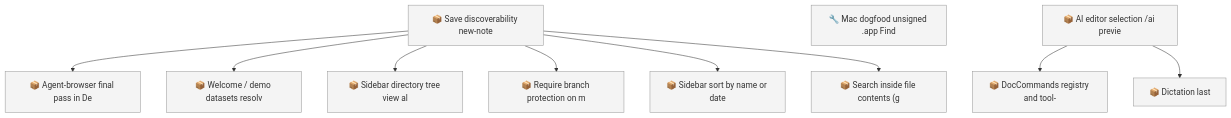
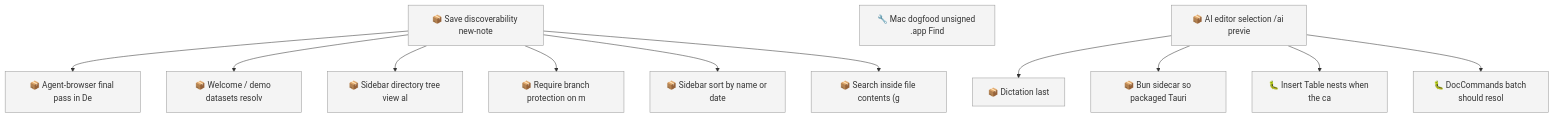
The first of 2 diagrams in docs/roadmap.md (SpillwaveSolutions/motion), drawn with Mermaid before and after one commit. The commit also changed other lines of this file and 29 other files, not shown here.

First line of the commit message:
feat: DocCommands registry and tool-use preview (#46)

````diff
--- a/docs/roadmap.md
+++ b/docs/roadmap.md
@@ -78,24 +82,28 @@
 ```mermaid
 graph TD
     01KYQYYN3SBWDT25TC6H3G4EAA["📦 Save discoverability new-note"]
     01KYQYYN3T2SSGG33ESEWPXKH8["📦 Agent-browser final pass in De"]
     01KYQYYN3T3VB8RCTMJJ13FK2H["📦 Welcome / demo datasets resolv"]
     01KYQYYN3T5W49QH05WCCYX7CE["📦 Sidebar directory tree view al"]
     01KYQYYN3T731B57N8NXQ8C0FQ["📦 Require branch protection on m"]
     01KYQYYN3TA69K8848E483HC82["📦 Sidebar sort by name or date"]
     01KYQYYN3TKW93D9SVW07VKFZY["📦 Search inside file contents (g"]
     01M18Q560MPAYQJTA0W6F4DAW3["🔧 Mac dogfood unsigned .app Find"]
-    01M18R79ZM3BMYZ56C7P874YN1["📦 DocCommands registry and tool-"]
     01M18R79ZM90HJ0MBG3CX6VW7E["📦 Dictation last"]
     01M18R79ZMN53CMV76JFHKVEFN["📦 AI editor selection /ai previe"]
+    01M19Z6Z3XQZ03EYNXKKBG5WK7["📦 Bun sidecar so packaged Tauri"]
+    01M19Z6Z5DJ54227R1WYVVX2GF["🐛 Insert Table nests when the ca"]
+    01M19Z6Z6X06VRZM95741Y2748["🐛 DocCommands batch should resol"]
     01KYQYYN3SBWDT25TC6H3G4EAA --> 01KYQYYN3T2SSGG33ESEWPXKH8
     01KYQYYN3SBWDT25TC6H3G4EAA --> 01KYQYYN3T3VB8RCTMJJ13FK2H
     01KYQYYN3SBWDT25TC6H3G4EAA --> 01KYQYYN3T5W49QH05WCCYX7CE
     01KYQYYN3SBWDT25TC6H3G4EAA --> 01KYQYYN3T731B57N8NXQ8C0FQ
     01KYQYYN3SBWDT25TC6H3G4EAA --> 01KYQYYN3TA69K8848E483HC82
     01KYQYYN3SBWDT25TC6H3G4EAA --> 01KYQYYN3TKW93D9SVW07VKFZY
-    01M18R79ZMN53CMV76JFHKVEFN --> 01M18R79ZM3BMYZ56C7P874YN1
     01M18R79ZMN53CMV76JFHKVEFN --> 01M18R79ZM90HJ0MBG3CX6VW7E
+    01M18R79ZMN53CMV76JFHKVEFN --> 01M19Z6Z3XQZ03EYNXKKBG5WK7
+    01M18R79ZMN53CMV76JFHKVEFN --> 01M19Z6Z5DJ54227R1WYVVX2GF
+    01M18R79ZMN53CMV76JFHKVEFN --> 01M19Z6Z6X06VRZM95741Y2748
     classDef todo fill:#f4f4f4,stroke:#999999
-    class 01KYQYYN3SBWDT25TC6H3G4EAA,01KYQYYN3T2SSGG33ESEWPXKH8,01KYQYYN3T3VB8RCTMJJ13FK2H,01KYQYYN3T5W49QH05WCCYX7CE,01KYQYYN3T731B57N8NXQ8C0FQ,01KYQYYN3TA69K8848E483HC82,01KYQYYN3TKW93D9SVW07VKFZY,01M18Q560MPAYQJTA0W6F4DAW3,01M18R79ZM3BMYZ56C7P874YN1,01M18R79ZM90HJ0MBG3CX6VW7E,01M18R79ZMN53CMV76JFHKVEFN todo
+    class 01KYQYYN3SBWDT25TC6H3G4EAA,01KYQYYN3T2SSGG33ESEWPXKH8,01KYQYYN3T3VB8RCTMJJ13FK2H,01KYQYYN3T5W49QH05WCCYX7CE,01KYQYYN3T731B57N8NXQ8C0FQ,01KYQYYN3TA69K8848E483HC82,01KYQYYN3TKW93D9SVW07VKFZY,01M18Q560MPAYQJTA0W6F4DAW3,01M18R79ZM90HJ0MBG3CX6VW7E,01M18R79ZMN53CMV76JFHKVEFN,01M19Z6Z3XQZ03EYNXKKBG5WK7,01M19Z6Z5DJ54227R1WYVVX2GF,01M19Z6Z6X06VRZM95741Y2748 todo
 ```
````
